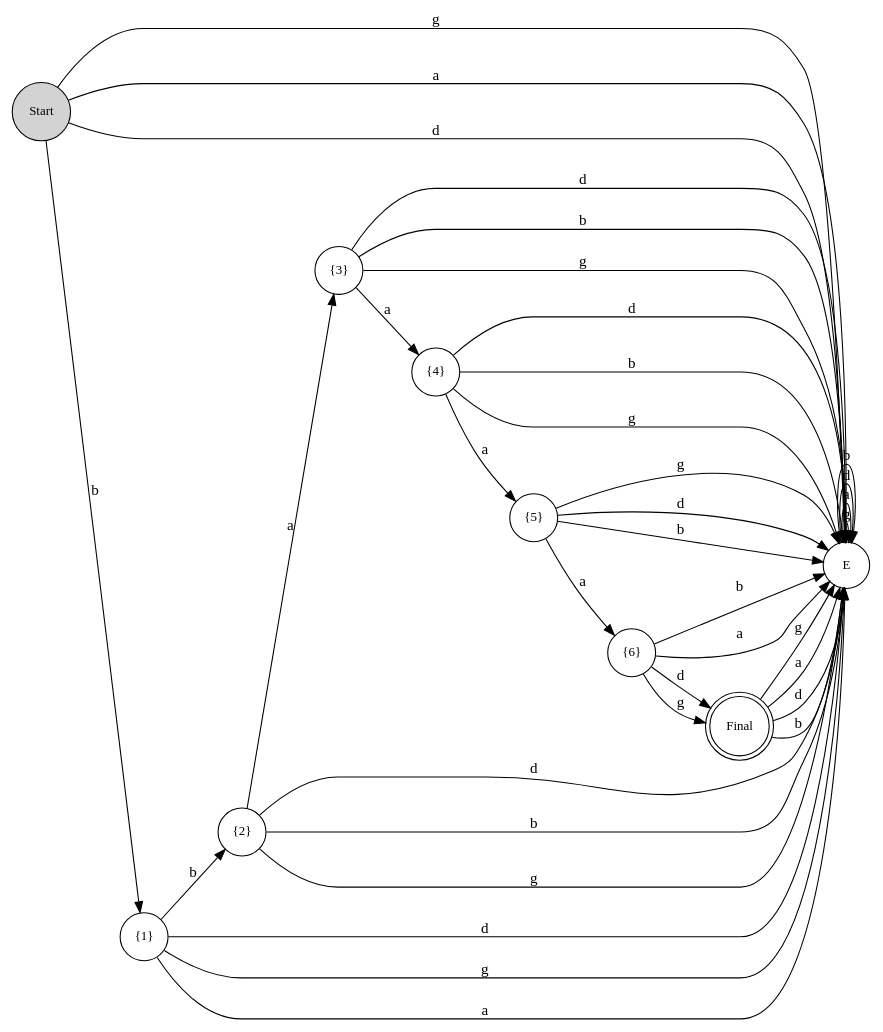
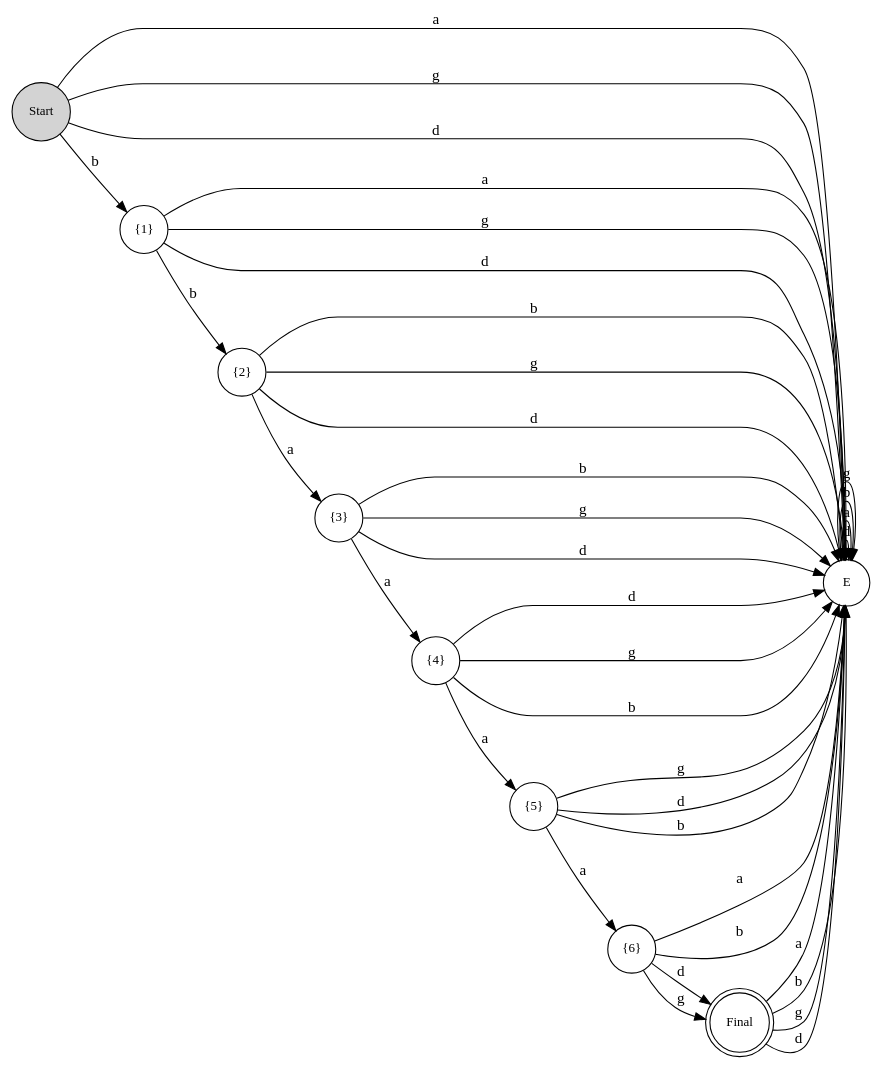
One commit to estebandonis/Proyecto1-TeoriaDeLaComputacion changed the diagram in pngs/dfa_graph_minimized.dot. Above: the diagram before and after it, drawn with Graphviz. The commit also changed 4 other files, not shown here.

```diff
--- a/pngs/dfa_graph_minimized.dot
+++ b/pngs/dfa_graph_minimized.dot
@@ -1,160 +1,160 @@
 digraph G {
-	graph [bb="0,0,198.36,202.07",
+	graph [bb="0,0,201,213.56",
 		rankdir=LR
 	];
 	node [label="\N"];
+	E	[fontsize=12,
+		height=0.6,
+		pos="101.4,105.73",
+		shape=circle,
+		width=0.6];
+	E -> E	[label=d,
+		lp="144.37,105.73",
+		pos="e,123.39,104.06 123.39,107.4 132.87,107.53 141,106.98 141,105.73 141,105.05 138.57,104.57 134.81,104.3"];
+	E -> E	[label=a,
+		lp="198,105.73",
+		pos="e,123.02,101.42 123.02,110.04 154.98,114.37 195,112.94 195,105.73 195,99.339 163.54,97.486 134.12,100.17"];
+	E -> E	[label=b,
+		lp="180.37,105.73",
+		pos="e,123.07,102.01 123.07,109.45 148.05,112.08 177,110.84 177,105.73 177,101.37 156.01,99.828 134.35,101.09"];
+	E -> E	[label=g,
+		lp="162.37,105.73",
+		pos="e,123.26,102.83 123.26,108.63 140.85,109.79 159,108.82 159,105.73 159,103.31 147.92,102.19 134.69,102.37"];
+	"{3}"	[fontsize=12,
+		height=0.6,
+		pos="117.86,164.2",
+		shape=circle,
+		width=0.6];
+	"{3}" -> E	[label=b,
+		lp="127.05,128.66",
+		pos="e,118.36,119.88 124.95,143.27 124.53,139.15 123.65,134.79 122.41,130.55"];
+	"{3}" -> E	[label=g,
+		lp="95.289,135.71",
+		pos="e,94.314,126.65 100.9,150.04 99.105,146.31 97.58,142.13 96.427,137.87"];
+	"{3}" -> E	[label=d,
+		lp="114.5,132.02",
+		pos="e,107.28,126.61 111.92,143.09 111.4,141.25 110.87,139.36 110.33,137.45"];
+	"{4}"	[fontsize=12,
+		height=0.6,
+		pos="177.26,141.86",
+		shape=circle,
+		width=0.6];
+	"{3}" -> "{4}"	[label=a,
+		lp="145.15,163.32",
+		pos="e,156.58,149.64 138.31,156.51 140.8,155.57 143.39,154.6 145.99,153.62"];
 	"{2}"	[fontsize=12,
 		height=0.6,
-		pos="25.644,139.16",
+		pos="41.113,105.55",
 		shape=circle,
 		width=0.6];
-	"{3}"	[fontsize=12,
-		height=0.6,
-		pos="71.111,180.47",
-		shape=circle,
-		width=0.6];
+	"{2}" -> E	[label=b,
+		lp="68.954,126.87",
+		pos="e,83.286,118.16 59.163,118.09 63.214,118.82 67.615,119.17 71.995,119.14"];
+	"{2}" -> E	[label=g,
+		lp="69.031,100.88",
+		pos="e,83.36,93.187 59.237,93.114 63.293,92.41 67.695,92.088 72.075,92.146"];
+	"{2}" -> E	[label=d,
+		lp="65.452,97.373",
+		pos="e,79.463,105.66 62.877,105.62 64.563,105.62 66.287,105.63 68.026,105.63"];
 	"{2}" -> "{3}"	[label=a,
-		lp="41.268,164.33",
-		pos="e,55.005,165.84 41.802,153.84 43.41,155.3 45.066,156.81 46.734,158.32"];
-	E	[fontsize=12,
-		height=0.6,
-		pos="98.765,102.85",
-		shape=circle,
-		width=0.6];
-	"{2}" -> E	[label=d,
-		lp="59.359,142.7",
-		pos="e,87.356,121.36 47.361,141.24 57.114,138.59 68.488,133.5 78.107,127.66"];
-	"{2}" -> E	[label=b,
-		lp="54.914,104.32",
-		pos="e,76.842,100.83 37.112,120.6 44.981,114.54 55.665,108.66 65.966,104.54"];
-	"{2}" -> E	[label=g,
-		lp="60.489,115.28",
-		pos="e,79.116,112.61 45.239,129.43 52.534,125.81 60.986,121.61 68.989,117.64"];
-	"{4}"	[fontsize=12,
-		height=0.6,
-		pos="132.42,178.05",
-		shape=circle,
-		width=0.6];
+		lp="77.976,139.68",
+		pos="e,100.52,150.95 58.529,118.86 68.244,126.28 80.544,135.68 91.423,144"];
+	"{4}" -> E	[label=d,
+		lp="153,106.92",
+		pos="e,123.1,103.41 165.35,123.51 156.8,117.16 145.04,110.99 133.9,106.83"];
+	"{4}" -> E	[label=g,
+		lp="135.75,128.97",
+		pos="e,113.27,124.04 155.51,144.17 145.19,141.54 132.99,136.3 122.74,130.27"];
+	"{4}" -> E	[label=b,
+		lp="147.74,134.44",
+		pos="e,121.2,115.16 157.33,132.36 149.4,128.59 140.11,124.16 131.4,120.02"];
 	"{5}"	[fontsize=12,
 		height=0.6,
-		pos="174.64,133.54",
+		pos="176.77,77.154",
 		shape=circle,
 		width=0.6];
 	"{4}" -> "{5}"	[label=a,
-		lp="146.49,151.8",
-		pos="e,159.53,149.47 147.19,162.48 148.69,160.9 150.23,159.27 151.79,157.63"];
-	"{4}" -> E	[label=d,
-		lp="125.69,132.25",
-		pos="e,116.87,115.15 135.3,156.28 133,146.34 128.33,134.67 122.83,124.73"];
-	"{4}" -> E	[label=b,
-		lp="103.28,158.78",
-		pos="e,95.868,124.55 114.27,165.69 108.39,157.36 102.8,146.1 99.047,135.38"];
-	"{4}" -> E	[label=g,
-		lp="114.52,137.33",
-		pos="e,107.69,122.8 123.4,157.9 120.02,150.33 116.09,141.56 112.38,133.27"];
-	"{6}"	[fontsize=12,
-		height=0.6,
-		pos="173.67,72.45",
-		shape=circle,
-		width=0.6];
-	"{6}" -> E	[label=b,
-		lp="142.47,71.403",
-		pos="e,116.05,89.347 151.73,74.857 143.82,77.337 134.79,80.778 126.46,84.449"];
-	"{6}" -> E	[label=a,
-		lp="146.85,83.133",
-		pos="e,120.57,100.49 156.26,86.019 148.86,89.753 139.99,93.572 131.45,96.747"];
-	Final	[fontsize=12,
-		height=0.75924,
-		pos="135.76,27.333",
-		shape=doublecircle,
-		width=0.75924];
-	"{6}" -> Final	[label=d,
-		lp="168.45,43.855",
-		pos="e,158.25,43.643 165.17,52.24 165.1,52.15 165.04,52.06 164.97,51.97"];
-	"{6}" -> Final	[label=g,
-		lp="151.96,68.957",
-		pos="e,147.86,52.188 155.46,60.834 155.38,60.75 155.3,60.665 155.22,60.581"];
-	"{5}" -> "{6}"	[label=a,
-		lp="171.25,100.29",
-		pos="e,174.02,94.266 174.29,111.48 174.26,109.56 174.23,107.58 174.2,105.59"];
-	"{5}" -> E	[label=g,
-		lp="149.91,117.17",
-		pos="e,120.51,99.173 161.74,115.89 153.32,110.39 142.04,105.27 131.33,101.94"];
-	"{5}" -> E	[label=d,
-		lp="133.84,139.89",
-		pos="e,111.6,120.45 153.1,137.25 143.15,135.35 131.39,131.13 121.33,126.03"];
-	"{5}" -> E	[label=b,
-		lp="138.61,128.58",
-		pos="e,119.15,111.1 154.31,125.31 146.74,122.25 137.97,118.7 129.66,115.35"];
-	"{3}" -> "{4}"	[label=a,
-		lp="99.084,187.73",
-		pos="e,110.7,178.9 92.899,179.61 94.977,179.53 97.115,179.44 99.269,179.36"];
-	"{3}" -> E	[label=d,
-		lp="91.263,142.76",
-		pos="e,103.35,124.26 88.24,166.72 93.446,157.95 98.137,146.29 101.04,135.3"];
-	"{3}" -> E	[label=b,
-		lp="68.134,134.52",
-		pos="e,81.675,116.53 66.533,158.99 68.044,148.9 71.787,136.9 76.486,126.56"];
-	"{3}" -> E	[label=g,
-		lp="79.675,138.71",
-		pos="e,91.43,123.44 78.522,159.67 81.303,151.86 84.529,142.81 87.577,134.25"];
-	E -> E	[label=g,
-		lp="141.74,102.85",
-		pos="e,120.75,101.18 120.75,104.52 130.24,104.65 138.36,104.1 138.36,102.85 138.36,102.17 135.94,101.69 132.18,101.42"];
-	E -> E	[label=a,
-		lp="195.36,102.85",
-		pos="e,120.39,98.544 120.39,107.16 152.35,111.49 192.36,110.06 192.36,102.85 192.36,96.46 160.9,94.607 131.49,97.292"];
-	E -> E	[label=d,
-		lp="177.74,102.85",
-		pos="e,120.43,99.134 120.43,106.57 145.42,109.2 174.36,107.97 174.36,102.85 174.36,98.495 153.38,96.95 131.72,98.216"];
-	E -> E	[label=b,
-		lp="159.74,102.85",
-		pos="e,120.63,99.95 120.63,105.75 138.21,106.91 156.36,105.94 156.36,102.85 156.36,100.43 145.29,99.315 132.06,99.494"];
-	"{1}"	[fontsize=12,
-		height=0.6,
-		pos="21.6,78.043",
-		shape=circle,
-		width=0.6];
-	"{1}" -> "{2}"	[label=b,
-		lp="26.622,111.19",
-		pos="e,24.211,117.51 23.037,99.764 23.174,101.84 23.315,103.97 23.457,106.11"];
-	"{1}" -> E	[label=d,
-		lp="47.763,108.75",
-		pos="e,77.42,108.15 35.946,94.842 44.531,99.559 55.741,103.68 66.329,106.16"];
-	"{1}" -> E	[label=g,
-		lp="55.315,68.757",
-		pos="e,84.509,86.102 43.048,72.752 52.773,73.921 64.284,77.106 74.333,81.261"];
-	"{1}" -> E	[label=a,
-		lp="51.567,80.392",
-		pos="e,77.76,96.098 42.279,84.691 49.829,87.119 58.554,89.924 66.855,92.592"];
-	Final -> E	[label=g,
-		lp="98.459,63.065",
-		pos="e,91.066,82.25 110.39,38.533 102.97,47.331 96.59,59.561 93.279,71.097"];
-	Final -> E	[label=a,
-		lp="131.77,79.33",
-		pos="e,119.56,96.499 142.46,54.245 140.04,65.577 134.23,78.202 127.08,87.914"];
-	Final -> E	[label=d,
-		lp="120.85,73.834",
-		pos="e,113.27,86.702 129.56,54.438 126.48,61.698 122.74,69.524 118.9,76.729"];
-	Final -> E	[label=b,
-		lp="109.27,68.049",
-		pos="e,102.73,81.238 118.15,48.847 114.33,55.669 110.47,63.356 107.15,70.75"];
+		lp="174.06,106.97",
+		pos="e,176.94,99.036 177.1,119.95 177.07,116.89 177.05,113.7 177.02,110.49"];
 	Start	[fontsize=12,
 		height=0.61168,
-		pos="56.583,30.422",
+		pos="67.656,191.54",
 		shape=circle,
 		style=filled,
 		width=0.61168];
+	Start -> E	[label=a,
+		lp="90.668,149.82",
+		pos="e,104.88,127.26 85.057,177.85 91.871,167.16 98.39,151.99 102.28,138.29"];
 	Start -> E	[label=g,
-		lp="67.843,76.531",
-		pos="e,79.675,92.712 56.198,52.655 59.712,62.682 65.923,74.297 72.737,83.906"];
-	Start -> E	[label=a,
-		lp="82.568,64.1",
-		pos="e,99.271,80.967 76.111,41.059 83.049,49.007 90.038,60.041 95.026,70.642"];
+		lp="68.029,157.57",
+		pos="e,84.183,119.12 64.238,169.67 66.532,157.19 72.088,141.65 78.571,128.97"];
 	Start -> E	[label=d,
-		lp="78.303,70.171",
-		pos="e,87.721,83.889 67.887,49.831 72.211,57.256 77.24,65.892 81.969,74.011"];
+		lp="84.261,145.35",
+		pos="e,93.421,126.01 75.824,170.77 79.874,160.47 84.845,147.83 89.324,136.43"];
+	"{1}"	[fontsize=12,
+		height=0.6,
+		pos="21.6,150.62",
+		shape=circle,
+		width=0.6];
 	Start -> "{1}"	[label=b,
-		lp="45.646,58.154",
-		pos="e,34.612,60.33 43.357,48.425 42.641,49.4 41.915,50.388 41.184,51.383"];
+		lp="47.12,166.54",
+		pos="e,38.049,165.23 51.029,176.77 49.576,175.48 48.087,174.15 46.586,172.82"];
+	"{1}" -> E	[label=a,
+		lp="59.541,149.58",
+		pos="e,90.366,124.76 43.618,151.07 55.5,147.15 69.919,139.64 81.463,131.59"];
+	"{1}" -> E	[label=g,
+		lp="47.423,128.7",
+		pos="e,79.402,105.27 32.65,131.57 42.166,123.45 56.068,115.02 68.945,109.34"];
+	"{1}" -> E	[label=d,
+		lp="53.168,139.21",
+		pos="e,82.345,116.45 40.511,139.98 50.081,134.6 61.902,127.95 72.575,121.94"];
+	"{1}" -> "{2}"	[label=b,
+		lp="27.019,122.06",
+		pos="e,32.406,125.66 30.329,130.46 30.372,130.36 30.415,130.26 30.459,130.16"];
+	Final	[fontsize=12,
+		height=0.75924,
+		pos="66.934,27.333",
+		shape=doublecircle,
+		width=0.75924];
+	Final -> E	[label=a,
+		lp="63.405,63.329",
+		pos="e,80.657,98.153 59.206,53.854 61.181,65.614 66.653,78.958 73.604,89.303"];
+	Final -> E	[label=b,
+		lp="96.517,65.108",
+		pos="e,109.84,85.325 91.699,39.57 99.029,48.976 105.16,62.03 108.08,74.146"];
+	Final -> E	[label=g,
+		lp="85.618,69.736",
+		pos="e,98.276,83.917 83.631,49.591 87.391,56.991 91.168,65.381 94.354,73.38"];
+	Final -> E	[label=d,
+		lp="73.855,75.021",
+		pos="e,87.568,88.925 72.045,54.685 74.979,62.521 78.642,71.05 82.415,78.858"];
+	"{6}"	[fontsize=12,
+		height=0.6,
+		pos="129.71,31.489",
+		shape=circle,
+		width=0.6];
+	"{6}" -> E	[label=a,
+		lp="108.66,69.295",
+		pos="e,103.25,83.946 116.64,48.848 113.15,56.137 109.6,64.849 106.68,73.242"];
+	"{6}" -> E	[label=b,
+		lp="120.12,73.809",
+		pos="e,114.52,88.246 127.9,53.141 125.66,60.908 122.5,69.767 119.09,77.976"];
+	"{6}" -> Final	[label=d,
+		lp="104.01,15.241",
+		pos="e,94.106,22.434 109.23,23.716 108.02,23.552 106.79,23.403 105.54,23.267"];
+	"{6}" -> Final	[label=g,
+		lp="103.15,44.724",
+		pos="e,93.223,35.772 108.38,36.495 107.17,36.497 105.92,36.483 104.67,36.454"];
+	"{5}" -> E	[label=g,
+		lp="136.48,86.203",
+		pos="e,114.68,88.308 155.17,72.933 145.57,74.581 134.3,78.328 124.53,82.973"];
+	"{5}" -> E	[label=d,
+		lp="148.6,92.778",
+		pos="e,122.89,109.97 163.4,94.629 155.12,99.762 144.2,104.43 133.8,107.43"];
+	"{5}" -> E	[label=b,
+		lp="142.63,81.205",
+		pos="e,121.97,97.93 156.17,84.962 148.86,87.734 140.46,90.919 132.47,93.949"];
+	"{5}" -> "{6}"	[label=a,
+		lp="154.19,49.908",
+		pos="e,145.47,46.784 161.1,61.948 158.58,59.509 155.94,56.939 153.29,54.368"];
 }
```
